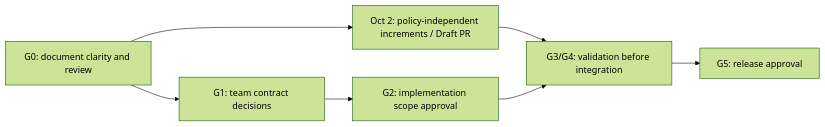
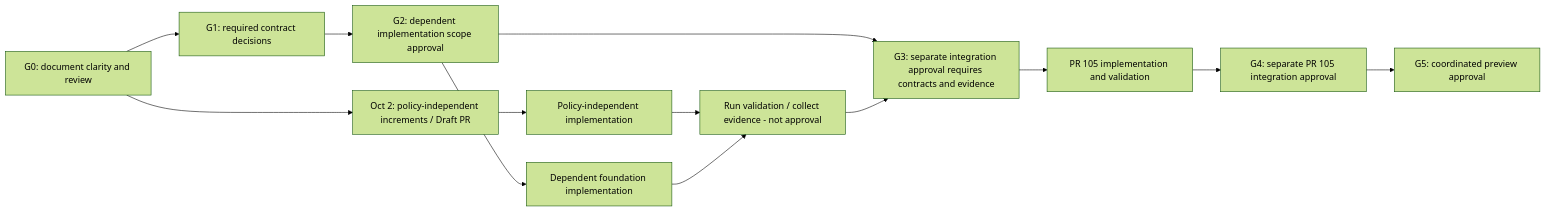
One commit to allenkim0129/multiclouddb-sdk-for-java changed the first of 8 diagrams in docs/design/issue-116-document-serialization.md. Above: the diagram before and after it, drawn with Mermaid (forest theme). The commit also changed other lines of this file and 6 other files, not shown here.

````diff
--- a/docs/design/issue-116-document-serialization.md
+++ b/docs/design/issue-116-document-serialization.md
@@ -38,9 +38,15 @@
 ```mermaid
 flowchart LR
-    D["G0: document clarity and review"] --> C["G1: team contract decisions"]
-    C --> I["G2: implementation scope approval"]
+    D["G0: document clarity and review"] --> C["G1: required contract decisions"]
+    C --> A["G2: dependent implementation scope approval"]
+    A --> F["Dependent foundation implementation"]
     D --> S["Oct 2: policy-independent increments / Draft PR"]
-    S --> M["G3/G4: validation before integration"]
-    I --> M["G3/G4: validation before integration"]
-    M --> R["G5: release approval"]
+    S --> W["Policy-independent implementation"]
+    W --> V["Run validation / collect evidence - not approval"]
+    F --> V
+    A --> G["G3: separate integration approval requires contracts and evidence"]
+    V --> G
+    G --> P["PR 105 implementation and validation"]
+    P --> H["G4: separate PR 105 integration approval"]
+    H --> R["G5: coordinated preview approval"]
 ```
````
